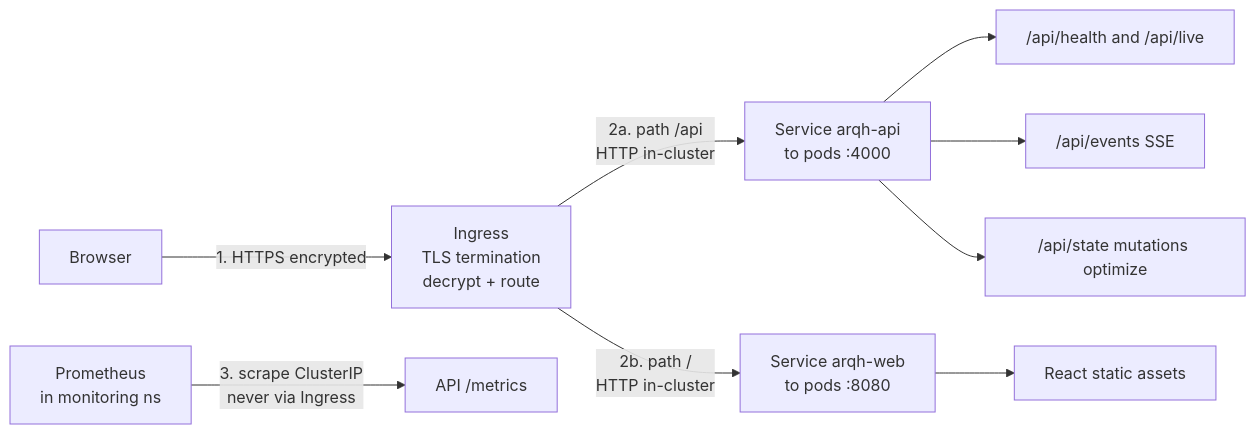
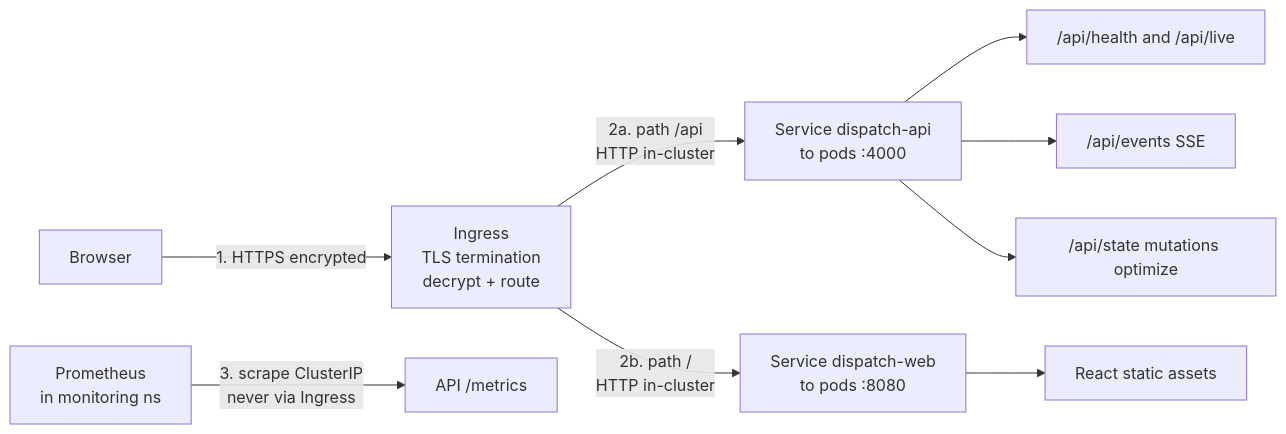
The second of 12 diagrams in README.md (eqan/Scalable-Fleet-Dispatcher), drawn with Mermaid before and after one commit. The commit also changed other lines of this file and 75 other files, not shown here.

````diff
--- a/README.md
+++ b/README.md
@@ -367,14 +367,14 @@
 ```mermaid
 flowchart LR
   C["Browser"] -->|"1. HTTPS encrypted"| ING["Ingress<br/>TLS termination<br/>decrypt + route"]
 
-  ING -->|"2a. path /api<br/>HTTP in-cluster"| API["Service arqh-api<br/>to pods :4000"]
-  ING -->|"2b. path /<br/>HTTP in-cluster"| WEB["Service arqh-web<br/>to pods :8080"]
+  ING -->|"2a. path /api<br/>HTTP in-cluster"| API["Service dispatch-api<br/>to pods :4000"]
+  ING -->|"2b. path /<br/>HTTP in-cluster"| WEB["Service dispatch-web<br/>to pods :8080"]
 
   API --> H["/api/health and /api/live"]
   API --> E["/api/events SSE"]
   API --> D["/api/state mutations optimize"]
   WEB --> SPA["React static assets"]
 
   PROM["Prometheus<br/>in monitoring ns"] -->|"3. scrape ClusterIP<br/>never via Ingress"| M["API /metrics"]
 ```
````
